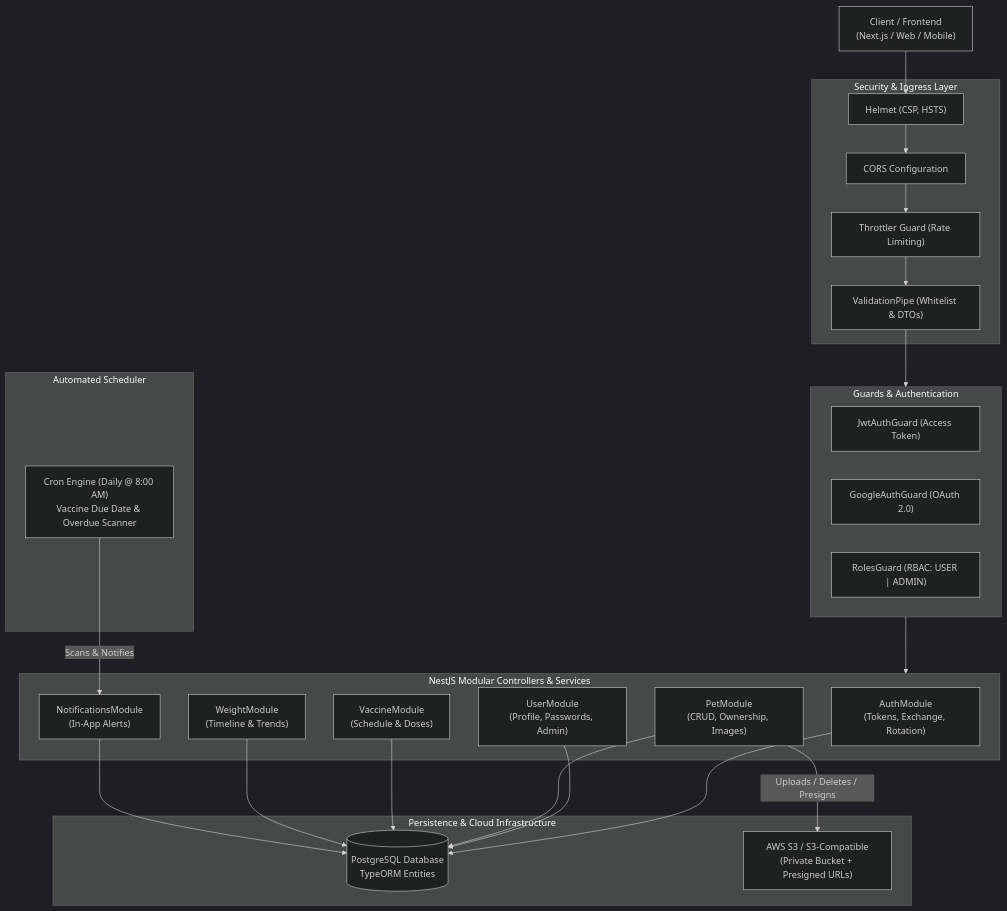
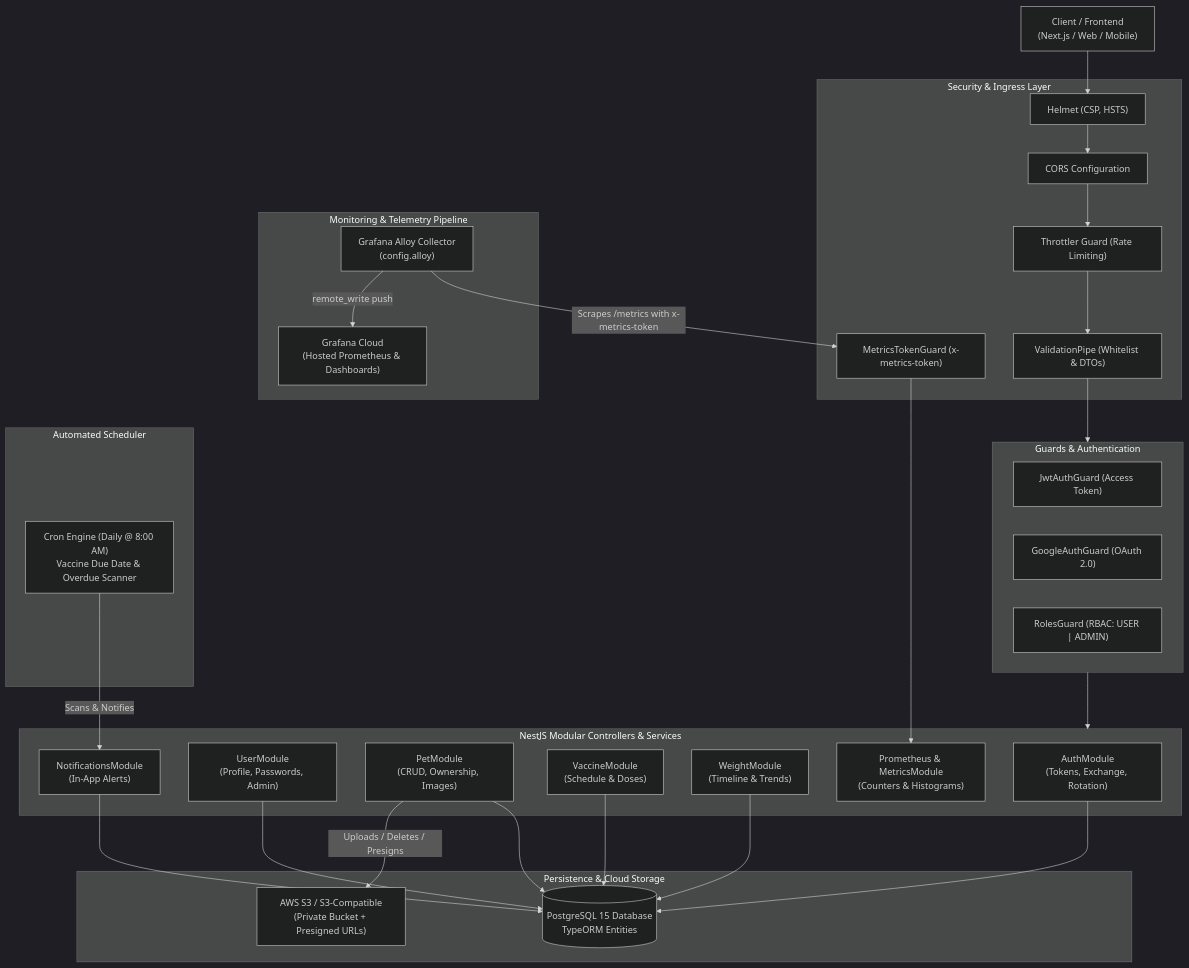
The first of 2 diagrams in README.md (theusinhoiost/PetTracker-backend), drawn with Mermaid (dark theme) before and after one commit. The commit also changed other lines of this file and 2 other files, not shown here.

Commit message:
feat: update README and .gitignore for observability enhancements and add config.alloy example

````diff
--- a/README.md
+++ b/README.md
@@ -114,51 +95,61 @@
 ```mermaid
 flowchart TD
     Client["Client / Frontend\n(Next.js / Web / Mobile)"]
 
     subgraph SecurityLayer ["Security & Ingress Layer"]
         Helmet["Helmet (CSP, HSTS)"]
         Cors["CORS Configuration"]
         Throttler["Throttler Guard (Rate Limiting)"]
+        MetricsGuard["MetricsTokenGuard (x-metrics-token)"]
         Validation["ValidationPipe (Whitelist & DTOs)"]
     end
 
     subgraph AuthLayer ["Guards & Authentication"]
         JwtGuard["JwtAuthGuard (Access Token)"]
         GoogleGuard["GoogleAuthGuard (OAuth 2.0)"]
         RolesGuard["RolesGuard (RBAC: USER | ADMIN)"]
     end
 
     subgraph CoreApp ["NestJS Modular Controllers & Services"]
         AuthMod["AuthModule\n(Tokens, Exchange, Rotation)"]
         UserMod["UserModule\n(Profile, Passwords, Admin)"]
         PetMod["PetModule\n(CRUD, Ownership, Images)"]
         VaccineMod["VaccineModule\n(Schedule & Doses)"]
         WeightMod["WeightModule\n(Timeline & Trends)"]
         NotificationMod["NotificationsModule\n(In-App Alerts)"]
+        MetricsMod["Prometheus & MetricsModule\n(Counters & Histograms)"]
     end
 
     subgraph BackgroundWorker ["Automated Scheduler"]
         CronJob["Cron Engine (Daily @ 8:00 AM)\nVaccine Due Date & Overdue Scanner"]
     end
 
-    subgraph Infrastructure ["Persistence & Cloud Infrastructure"]
-        Postgres[(PostgreSQL Database\nTypeORM Entities)]
+    subgraph ObservabilityPipeline ["Monitoring & Telemetry Pipeline"]
+        Alloy["Grafana Alloy Collector\n(config.alloy)"]
+        GrafanaCloud["Grafana Cloud\n(Hosted Prometheus & Dashboards)"]
+    end
+
+    subgraph Infrastructure ["Persistence & Cloud Storage"]
+        Postgres[(PostgreSQL 15 Database\nTypeORM Entities)]
         S3["AWS S3 / S3-Compatible\n(Private Bucket + Presigned URLs)"]
     end
 
     Client --> Helmet
     Helmet --> Cors --> Throttler --> Validation
     Validation --> AuthLayer
+
+    Alloy -->|Scrapes /metrics with x-metrics-token| MetricsGuard --> MetricsMod
+    Alloy -->|remote_write push| GrafanaCloud
 
     AuthLayer --> CoreApp
     CronJob -->|Scans & Notifies| NotificationMod
 
     AuthMod --> Postgres
     UserMod --> Postgres
     PetMod --> Postgres
     VaccineMod --> Postgres
     WeightMod --> Postgres
     NotificationMod --> Postgres
 
     PetMod -->|Uploads / Deletes / Presigns| S3
 ```
````
